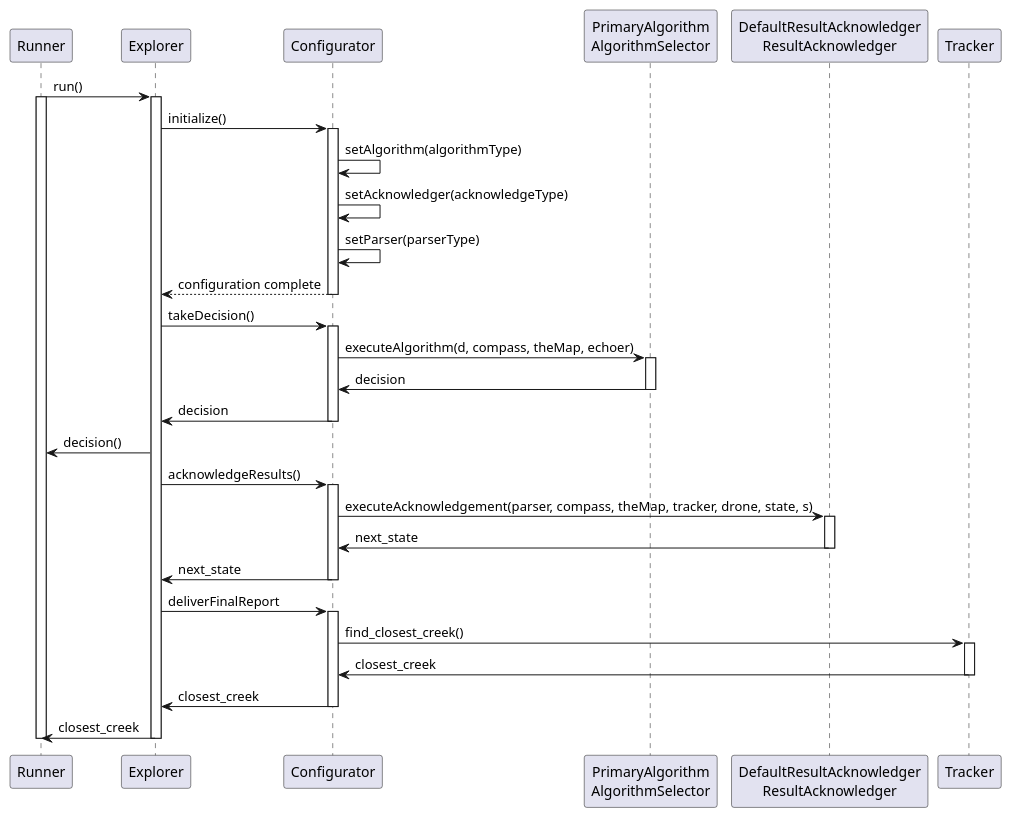
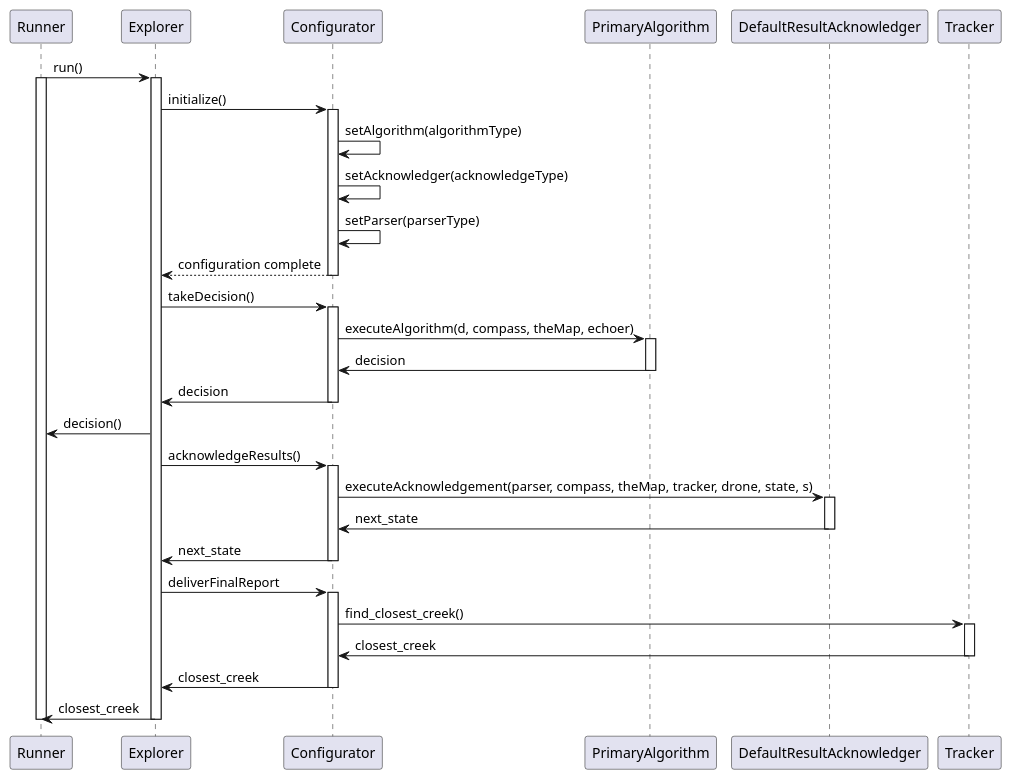
One commit to nehadst/Drone-Rescue changed the diagram in SequenceDiagram.plantuml. Above: the diagram before and after it, drawn with PlantUML.

Commit message:
Just changed names of one of the participants, #56

```diff
--- a/SequenceDiagram.plantuml
+++ b/SequenceDiagram.plantuml
@@ -1,57 +1,57 @@
 @startuml Sequence_Diagram
 
 participant Runner
 participant Explorer
 participant Configurator
-participant "PrimaryAlgorithm\nAlgorithmSelector" as PrimaryAlgorithm
-participant "DefaultResultAcknowledger\nResultAcknowledger" as DefaultResultAcknowledger
+participant PrimaryAlgorithm
+participant DefaultResultAcknowledger
 participant Tracker
 
 Runner -> Explorer : run()
 activate Runner
 activate Explorer
 
 Explorer -> Configurator : initialize()
 activate Configurator
 Configurator -> Configurator : setAlgorithm(algorithmType)
 Configurator -> Configurator : setAcknowledger(acknowledgeType)
 Configurator -> Configurator : setParser(parserType)
 Configurator --> Explorer : configuration complete
 deactivate Configurator
 
 Explorer -> Configurator : takeDecision()
 activate Configurator
 Configurator -> PrimaryAlgorithm : executeAlgorithm(d, compass, theMap, echoer)
 activate PrimaryAlgorithm
 PrimaryAlgorithm -> Configurator : decision
 deactivate PrimaryAlgorithm
 Configurator -> Explorer : decision
 deactivate Configurator
 Explorer -> Runner : decision()
 
 Explorer -> Configurator : acknowledgeResults()
 activate Configurator
 Configurator -> DefaultResultAcknowledger : executeAcknowledgement(parser, compass, theMap, tracker, drone, state, s)
 activate DefaultResultAcknowledger
 DefaultResultAcknowledger -> Configurator : next_state
 deactivate DefaultResultAcknowledger
 Configurator -> Explorer : next_state
 deactivate Configurator
 
 
 Explorer -> Configurator : deliverFinalReport
 activate Configurator
 Configurator -> Tracker : find_closest_creek()
 activate Tracker
 Tracker -> Configurator : closest_creek
 deactivate Tracker
 Configurator -> Explorer : closest_creek
 deactivate Configurator
 
 Explorer -> Runner : closest_creek
 deactivate Explorer
 deactivate Runner
 
 
 
 @enduml
```
